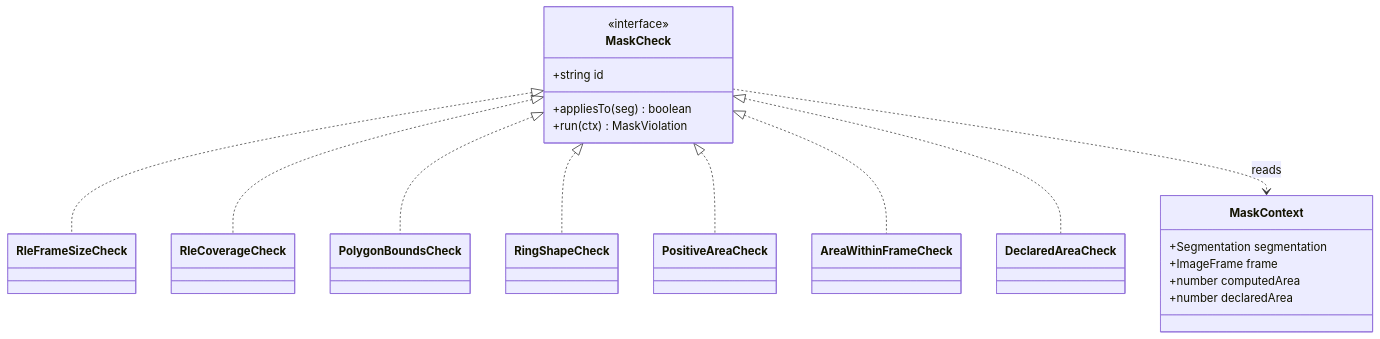
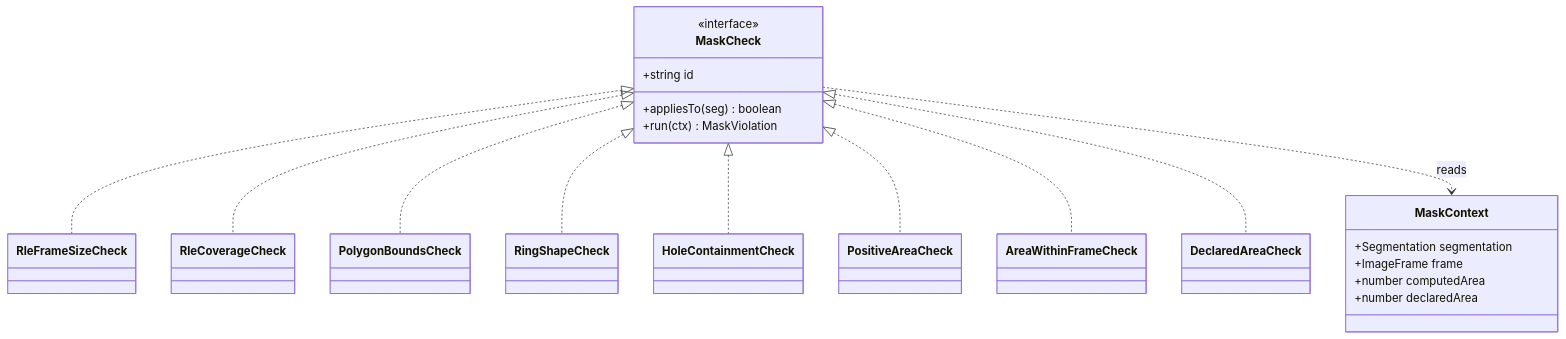
Before and after one commit to dev-mnadeem/annotation-storage-service: the second of 3 diagrams in README.md, drawn with Mermaid. The commit also changed other lines of this file and 3 other files, not shown here.

````diff
--- a/README.md
+++ b/README.md
@@ -35,31 +139,33 @@
 ```mermaid
 classDiagram
     class MaskCheck {
         <<interface>>
         +string id
         +appliesTo(seg) boolean
         +run(ctx) MaskViolation
     }
     class MaskContext {
         +Segmentation segmentation
         +ImageFrame frame
         +number computedArea
         +number declaredArea
     }
     class RleFrameSizeCheck
     class RleCoverageCheck
     class PolygonBoundsCheck
     class RingShapeCheck
+    class HoleContainmentCheck
     class PositiveAreaCheck
     class AreaWithinFrameCheck
     class DeclaredAreaCheck
 
     MaskCheck <|.. RleFrameSizeCheck
     MaskCheck <|.. RleCoverageCheck
     MaskCheck <|.. PolygonBoundsCheck
     MaskCheck <|.. RingShapeCheck
+    MaskCheck <|.. HoleContainmentCheck
     MaskCheck <|.. PositiveAreaCheck
     MaskCheck <|.. AreaWithinFrameCheck
     MaskCheck <|.. DeclaredAreaCheck
     MaskCheck ..> MaskContext : reads
 ```
````
